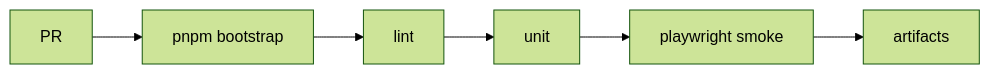
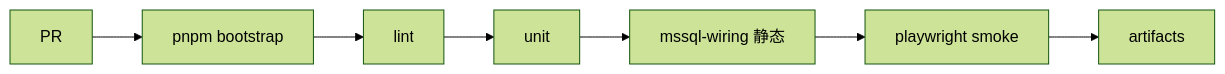
Before and after one commit to TristanTong/nocodb: the second of 2 diagrams in docs/05-自动化测试方案.md, drawn with Mermaid (forest theme). The commit also changed other lines of this file and 10 other files, not shown here.

````diff
--- a/docs/05-自动化测试方案.md
+++ b/docs/05-自动化测试方案.md
@@ -124,8 +118,9 @@
 ```mermaid
 flowchart LR
   PR --> Install[pnpm bootstrap]
   Install --> Lint[lint]
   Lint --> UT[unit]
-  UT --> E2E[playwright smoke]
+  UT --> Wire[mssql-wiring 静态]
+  Wire --> E2E[playwright smoke]
   E2E --> Report[artifacts]
 ```
````
